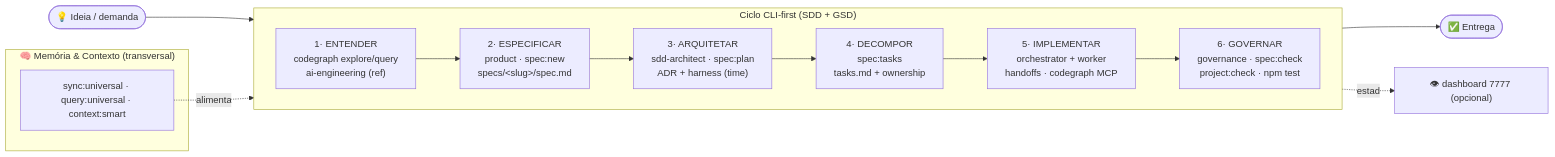
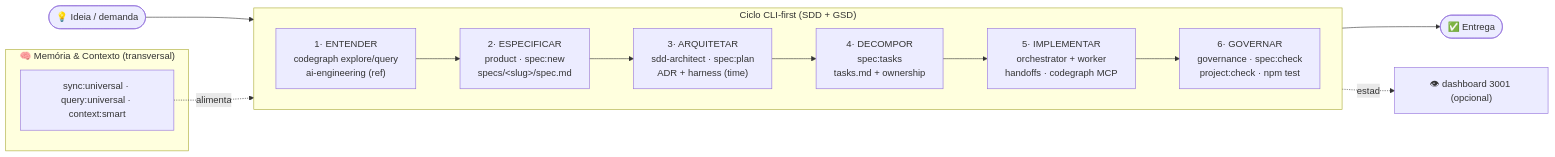
Before and after one commit to allanpablo/forja: the diagram in docs/fluxo.md, drawn with Mermaid. The commit also changed other lines of this file and 15 other files, not shown here.

````diff
--- a/docs/fluxo.md
+++ b/docs/fluxo.md
@@ -18,27 +18,27 @@
 ```mermaid
 flowchart LR
     subgraph TRANSVERSAL["🧠 Memória & Contexto (transversal)"]
         M["sync:universal · query:universal · context:smart"]
     end
 
     IDEIA(["💡 Ideia / demanda"])
 
     subgraph CICLO["Ciclo CLI-first (SDD + GSD)"]
         direction LR
         E1["1· ENTENDER<br/>codegraph explore/query<br/>ai-engineering (ref)"]
         E2["2· ESPECIFICAR<br/>product · spec:new<br/>specs/&lt;slug&gt;/spec.md"]
         E3["3· ARQUITETAR<br/>sdd-architect · spec:plan<br/>ADR + harness (time)"]
         E4["4· DECOMPOR<br/>spec:tasks<br/>tasks.md + ownership"]
         E5["5· IMPLEMENTAR<br/>orchestrator + worker<br/>handoffs · codegraph MCP"]
         E6["6· GOVERNAR<br/>governance · spec:check<br/>project:check · npm test"]
         E1 --> E2 --> E3 --> E4 --> E5 --> E6
     end
 
     ENTREGA(["✅ Entrega"])
-    VISAO["👁 dashboard 7777 (opcional)"]
+    VISAO["👁 dashboard 3001 (opcional)"]
 
     IDEIA --> E1
     E6 --> ENTREGA
     M -.alimenta.-> CICLO
     CICLO -.estado.-> VISAO
 ```
````
